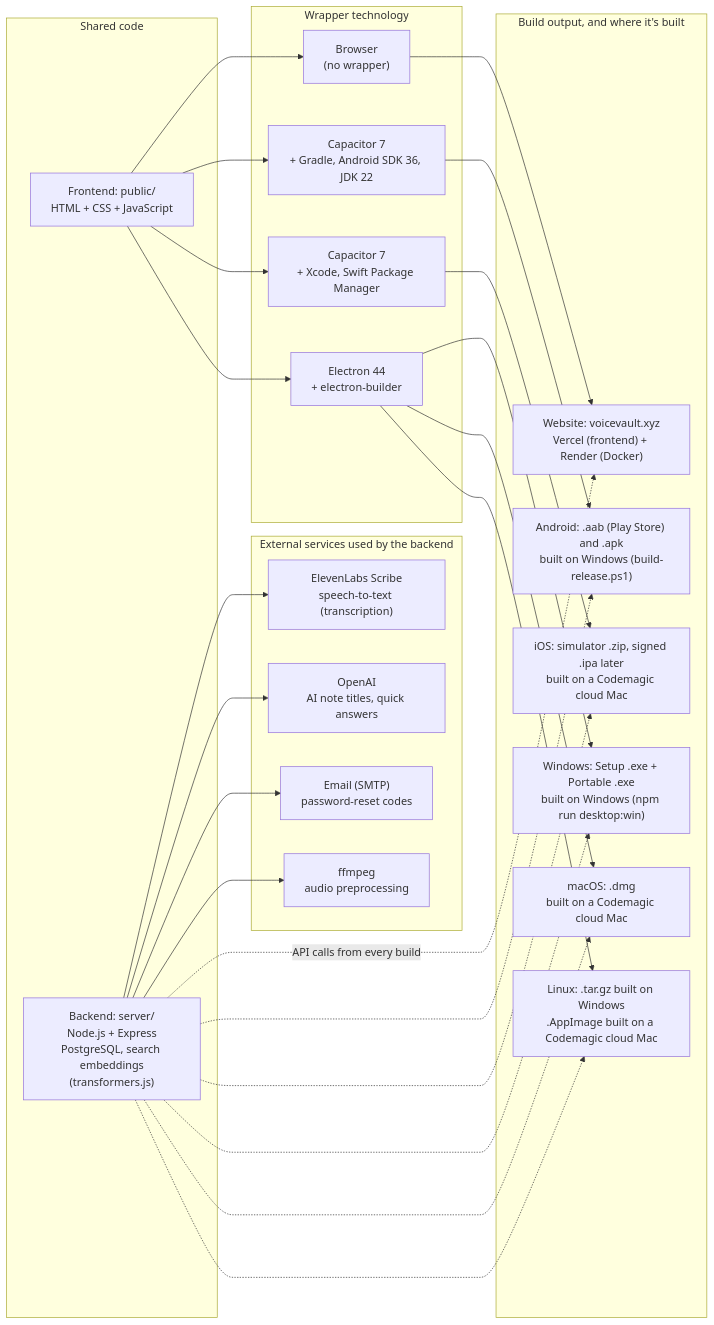
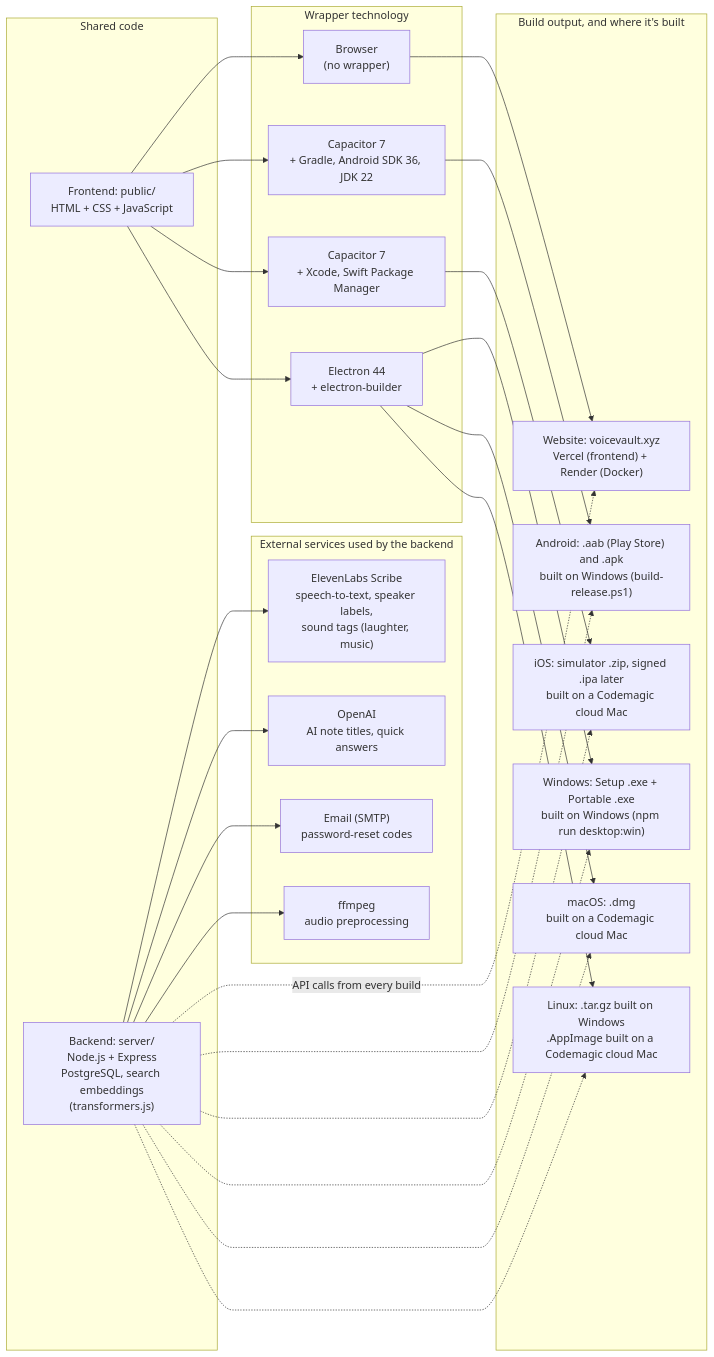
The diagram in NoteVault_Edits_made.md (1218Anubhavmishra/NoteVault), drawn with Mermaid before and after one commit. The commit also changed other lines of this file and 12 other files, not shown here.

Commit message:
Speaker labels with rename, sound tags, account deletion, MP4 recording fallback (from voiceVault); docs updated

````diff
--- a/NoteVault_Edits_made.md
+++ b/NoteVault_Edits_made.md
@@ -57,47 +60,47 @@
 ```mermaid
 flowchart LR
   subgraph Shared["Shared code"]
     FE["Frontend: public/<br/>HTML + CSS + JavaScript"]
     BE["Backend: server/<br/>Node.js + Express<br/>PostgreSQL, search embeddings<br/>(transformers.js)"]
   end
 
   subgraph External["External services used by the backend"]
-    EL["ElevenLabs Scribe<br/>speech-to-text (transcription)"]
+    EL["ElevenLabs Scribe<br/>speech-to-text, speaker labels,<br/>sound tags (laughter, music)"]
     OAI["OpenAI<br/>AI note titles, quick answers"]
     SMTP["Email (SMTP)<br/>password-reset codes"]
     FF["ffmpeg<br/>audio preprocessing"]
   end
 
   subgraph Wrappers["Wrapper technology"]
     WEB["Browser<br/>(no wrapper)"]
     CAPA["Capacitor 7<br/>+ Gradle, Android SDK 36, JDK 22"]
     CAPI["Capacitor 7<br/>+ Xcode, Swift Package Manager"]
     ELE["Electron 44<br/>+ electron-builder"]
   end
 
   subgraph Builds["Build output, and where it's built"]
     W["Website: voicevault.xyz<br/>Vercel (frontend) + Render (Docker)"]
     A["Android: .aab (Play Store) and .apk<br/>built on Windows (build-release.ps1)"]
     I["iOS: simulator .zip, signed .ipa later<br/>built on a Codemagic cloud Mac"]
     D["Windows: Setup .exe + Portable .exe<br/>built on Windows (npm run desktop:win)"]
     M["macOS: .dmg<br/>built on a Codemagic cloud Mac"]
     L["Linux: .tar.gz built on Windows<br/>.AppImage built on a Codemagic cloud Mac"]
   end
 
   BE --> EL
   BE --> OAI
   BE --> SMTP
   BE --> FF
   FE --> WEB --> W
   FE --> CAPA --> A
   FE --> CAPI --> I
   FE --> ELE --> D
   ELE --> M
   ELE --> L
   BE -. "API calls from every build" .-> W
   BE -.-> A
   BE -.-> I
   BE -.-> D
   BE -.-> M
   BE -.-> L
 ```
````
